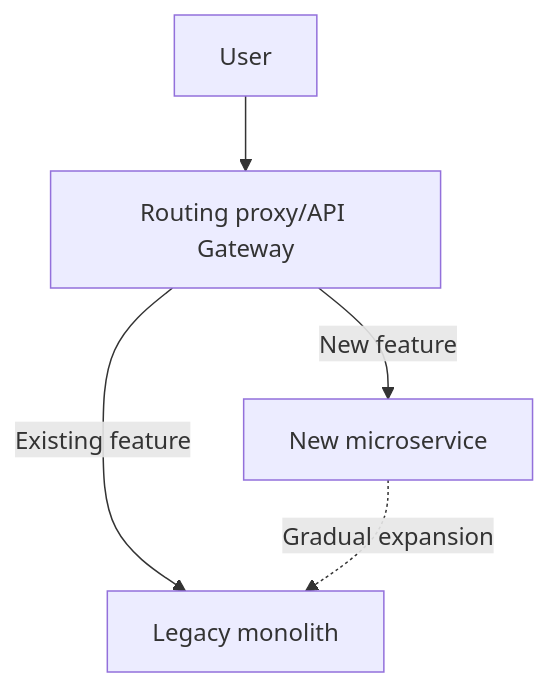
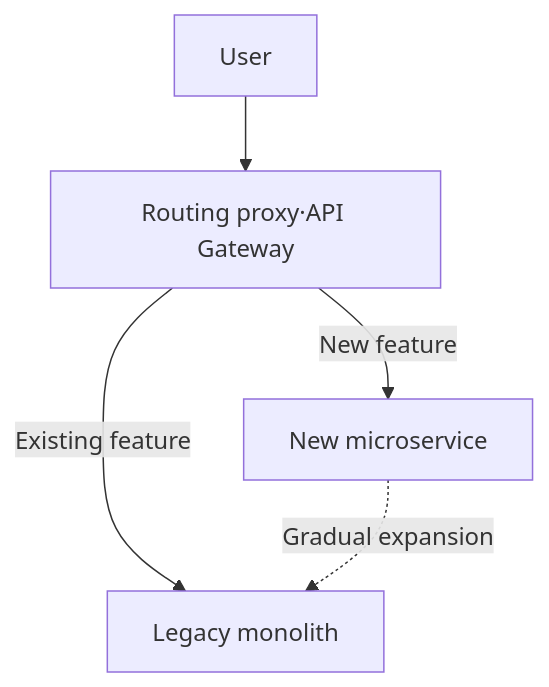
Before and after one commit to cloudpickr/cloudpick-docs: the second of 3 diagrams in src/content/docs/en/compute/modernization.md, drawn with Mermaid. The commit also changed 29 other files, not shown here.

First line of the commit message:
fix: Mermaid 전수조사 — 노드 라벨 슬래시 13건 수정 (ko/en/ja)

````diff
--- a/src/content/docs/en/compute/modernization.md
+++ b/src/content/docs/en/compute/modernization.md
@@ -86,7 +86,7 @@
 ```mermaid
 graph TD
-    U[User] --> P[Routing proxy/API Gateway]
+    U[User] --> P[Routing proxy·API Gateway]
     P -->|New feature| N[New microservice]
     P -->|Existing feature| L[Legacy monolith]
     N -.Gradual expansion.-> L
 ```
````
